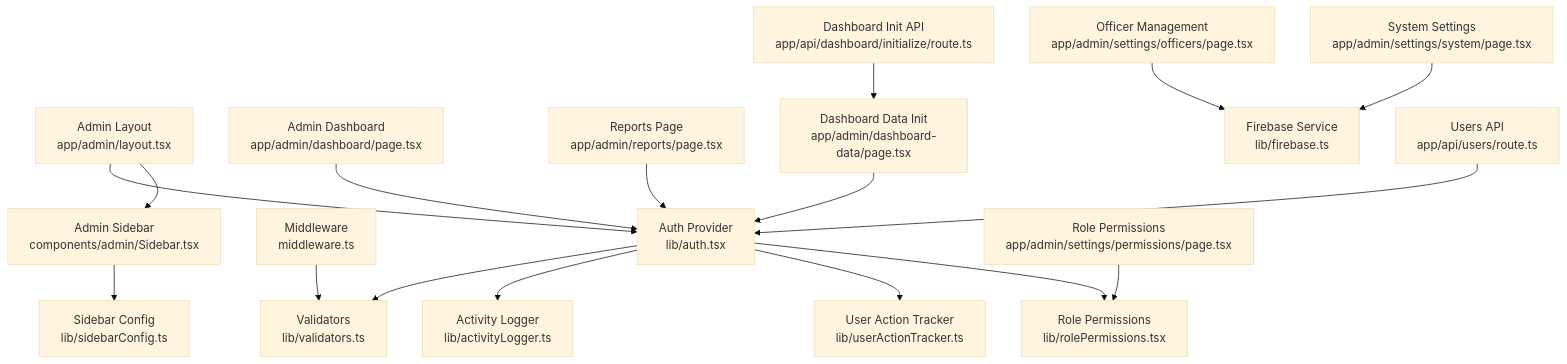
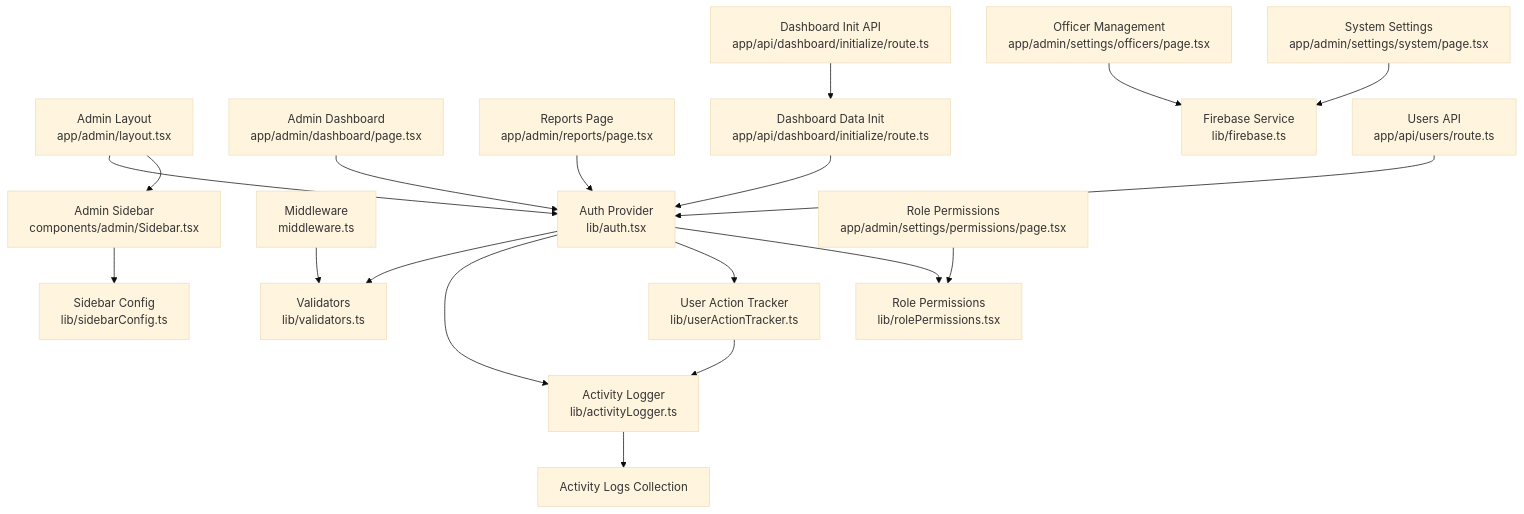
One commit to Unsure-bry/sampacoop_system changed diagram 15 of 15 in .qoder/repowiki/en/content/Project Overview/Core Features & Functionality/Administrative Features.md. Above: the diagram before and after it, drawn with Mermaid (base theme). The commit also changed other lines of this file and 12 other files, not shown here.

````diff
--- a/.qoder/repowiki/en/content/Project Overview/Core Features & Functionality/Administrative Features.md
+++ b/.qoder/repowiki/en/content/Project Overview/Core Features & Functionality/Administrative Features.md
@@ -564,19 +657,21 @@
 ```mermaid
 graph TB
 AUTH["Auth Provider<br/>lib/auth.tsx"] --> VAL["Validators<br/>lib/validators.ts"]
 AUTH --> ACT["Activity Logger<br/>lib/activityLogger.ts"]
 AUTH --> UAT["User Action Tracker<br/>lib/userActionTracker.ts"]
 AUTH --> RPV["Role Permissions<br/>lib/rolePermissions.tsx"]
 MW["Middleware<br/>middleware.ts"] --> VAL
 AL["Admin Layout<br/>app/admin/layout.tsx"] --> AUTH
 AL --> SB["Admin Sidebar<br/>components/admin/Sidebar.tsx"]
 SB --> SC["Sidebar Config<br/>lib/sidebarConfig.ts"]
 AD["Admin Dashboard<br/>app/admin/dashboard/page.tsx"] --> AUTH
 RPT["Reports Page<br/>app/admin/reports/page.tsx"] --> AUTH
-DDI["Dashboard Data Init<br/>app/admin/dashboard-data/page.tsx"] --> AUTH
+DDI["Dashboard Data Init<br/>app/api/dashboard/initialize/route.ts"] --> AUTH
 OS["Officer Management<br/>app/admin/settings/officers/page.tsx"] --> FB["Firebase Service<br/>lib/firebase.ts"]
 RP["Role Permissions<br/>app/admin/settings/permissions/page.tsx"] --> RPV
 SS["System Settings<br/>app/admin/settings/system/page.tsx"] --> FB
 API_USERS["Users API<br/>app/api/users/route.ts"] --> AUTH
 API_INIT["Dashboard Init API<br/>app/api/dashboard/initialize/route.ts"] --> DDI
+UAT --> ACT
+ACT --> ACTLOGS["Activity Logs Collection"]
 ```
````
